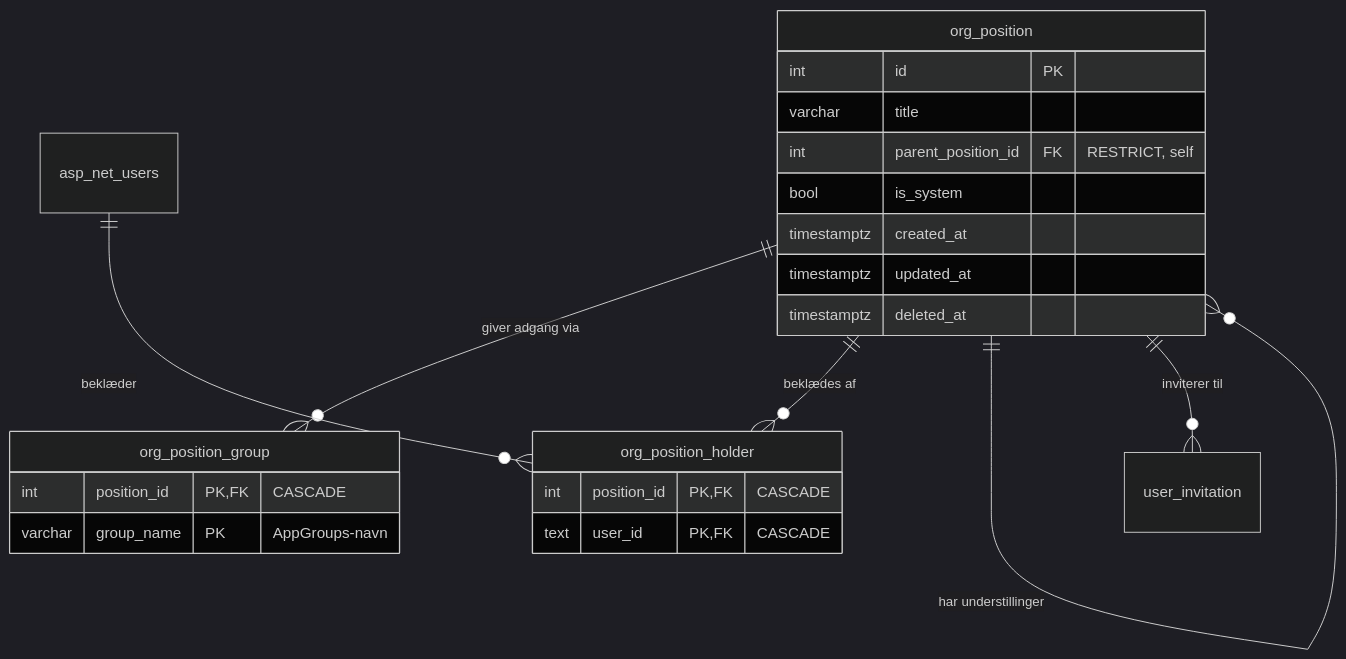
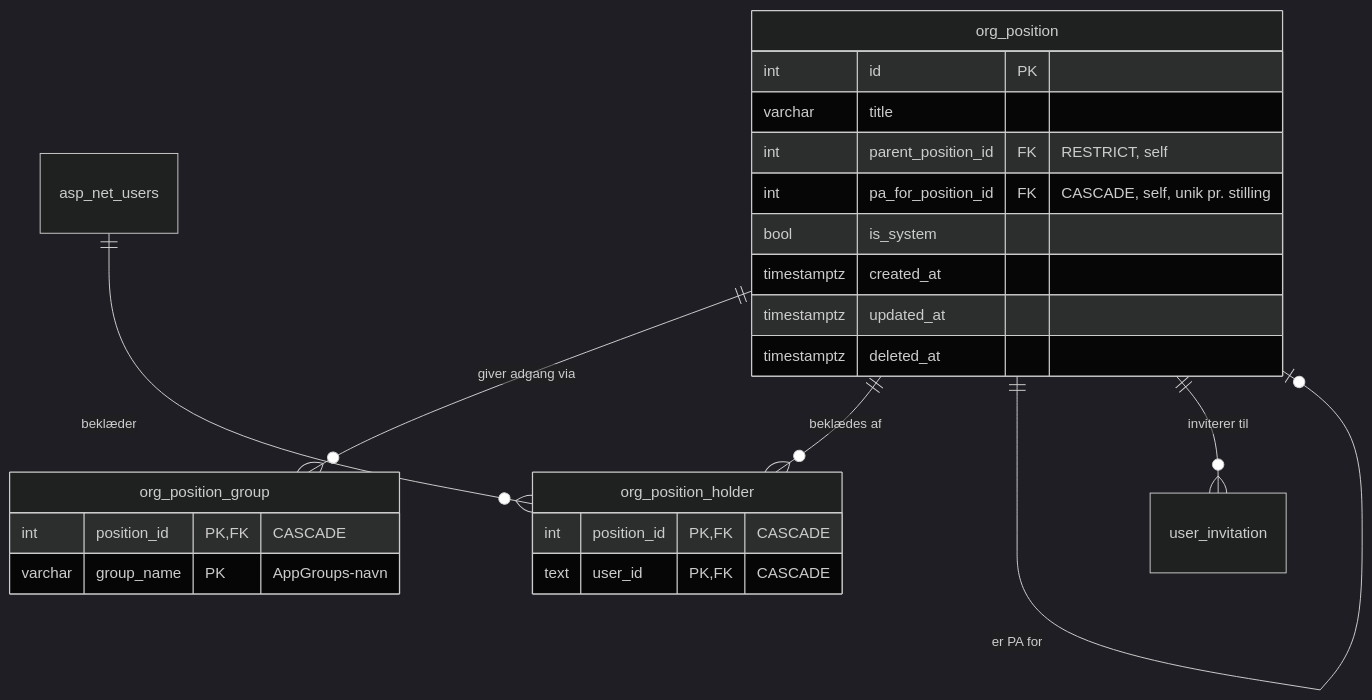
Before and after one commit to smallbenji/DS28-website: the fourth of 6 diagrams in docs/database.md, drawn with Mermaid (dark theme). The commit also changed other lines of this file and 13 other files, not shown here.

````diff
--- a/docs/database.md
+++ b/docs/database.md
@@ -307,28 +307,30 @@
 ```mermaid
 erDiagram
     org_position {
         int id PK
         varchar title
         int parent_position_id FK "RESTRICT, self"
+        int pa_for_position_id FK "CASCADE, self, unik pr. stilling"
         bool is_system
         timestamptz created_at
         timestamptz updated_at
         timestamptz deleted_at
     }
 
     org_position_group {
         int position_id PK,FK "CASCADE"
         varchar group_name PK "AppGroups-navn"
     }
 
     org_position_holder {
         int position_id PK,FK "CASCADE"
         text user_id PK,FK "CASCADE"
     }
 
     org_position ||--o{ org_position_group : "giver adgang via"
     org_position ||--o{ org_position_holder : "beklædes af"
     asp_net_users ||--o{ org_position_holder : "beklæder"
     org_position ||--o{ org_position : "har understillinger"
+    org_position ||--o| org_position : "er PA for"
     org_position ||--o{ user_invitation : "inviterer til"
 ```
````
